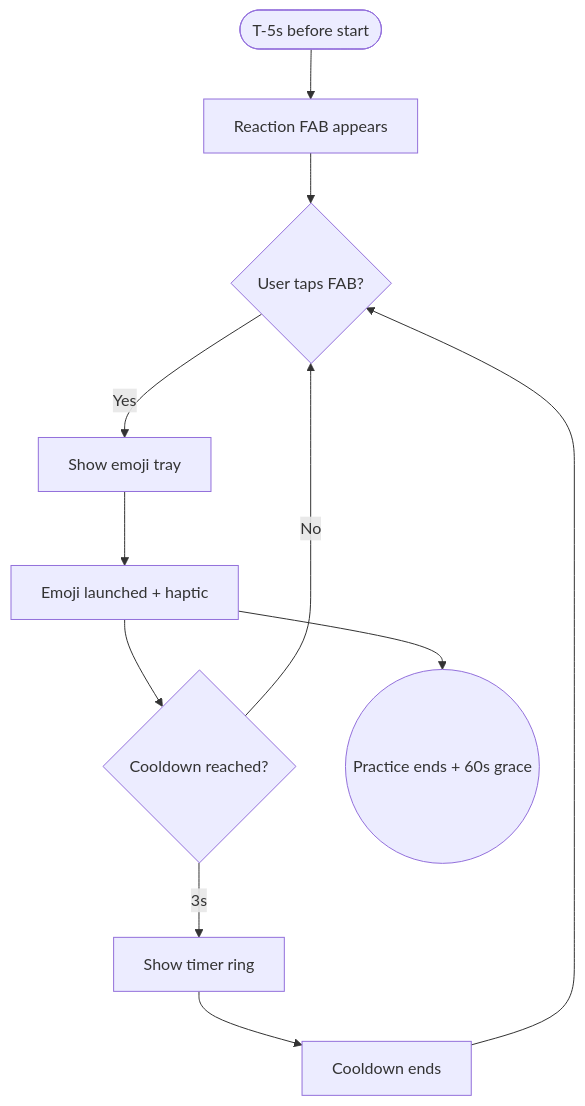
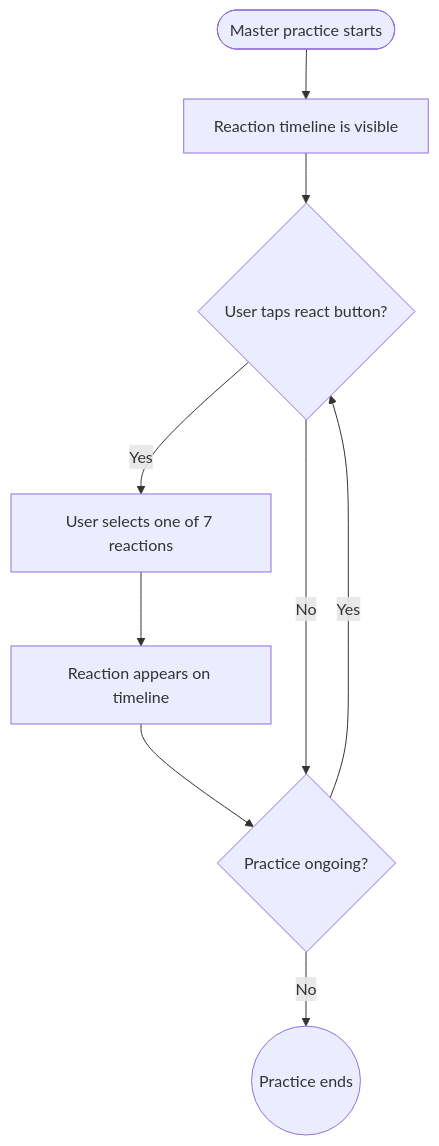
One commit to lyfar/awa-docs changed the diagram in docs/features/reactions-masters-v0-3.md. Above: the diagram before and after it, drawn with Mermaid. The commit also changed other lines of this file and 88 other files, not shown here.

````diff
--- a/docs/features/reactions-masters-v0-3.md
+++ b/docs/features/reactions-masters-v0-3.md
@@ -50,20 +50,19 @@
 ```mermaid
 %%{init: {'securityLevel': 'loose', 'flowchart': {'htmlLabels': true}}}%%
 flowchart TD
-    READY([T-5s before start])
-    FAB[Reaction FAB appears]
-    TAP{User taps FAB?}
-    TRAY[Show emoji tray]
-    SEND[Emoji launched + haptic]
-    COOLDOWN{Cooldown reached?}
-    REST[Show timer ring]
-    RESUME[Cooldown ends]
-    END((Practice ends + 60s grace))
-    READY --> FAB --> TAP
-    TAP -->|Yes| TRAY --> SEND --> COOLDOWN
-    COOLDOWN -->|3s| REST --> RESUME --> TAP
-    COOLDOWN -->|No| TAP
-    SEND --> END
-    click SEND "./practice-screen-masters-v0-3" "Main screen consumes reactions"
-    click END "./practice-history-reactions-v0-3" "Reactions stored for history"
+    START([Master practice starts])
+    TIMELINE[Reaction timeline is visible]
+    REACT_BTN{User taps react button?}
+    SELECT[User selects one of 7 reactions]
+    APPEAR[Reaction appears on timeline]
+    LOOP{Practice ongoing?}
+    END((Practice ends))
+
+    START --> TIMELINE --> REACT_BTN
+    REACT_BTN -->|Yes| SELECT --> APPEAR --> LOOP
+    REACT_BTN -->|No| LOOP
+    LOOP -->|Yes| REACT_BTN
+    LOOP -->|No| END
+    click APPEAR "./practice-screen-masters-v0-3" "Reactions are visible on the practice screen"
+    click END "./practice-history-reactions-v0-3" "Reaction timeline is saved in history"
 ```
````
